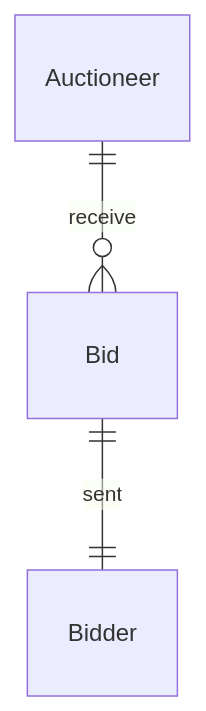
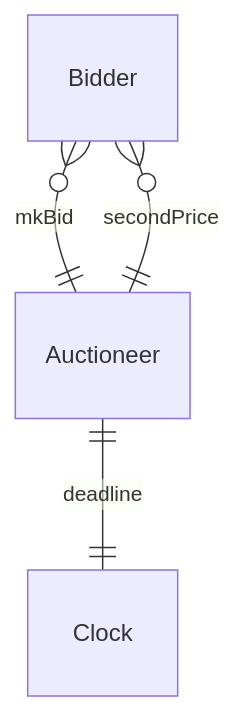
The second of 2 diagrams in docs/tutorial/engines/engine-template-example.juvix.md (anoma/nspec), drawn with Mermaid before and after one commit. The commit also changed other lines of this file and 4 other files, not shown here.

````diff
--- a/docs/tutorial/engines/engine-template-example.juvix.md
+++ b/docs/tutorial/engines/engine-template-example.juvix.md
@@ -69,5 +102,6 @@
 ```mermaid
 erDiagram
-  Auctioneer ||--o{ Bid : receive
-  Bid ||--|| Bidder : sent
+  Bidder }o--|| Auctioneer: mkBid
+  Auctioneer ||--o{ Bidder: secondPrice
+  Auctioneer ||--|| Clock: deadline
 ```
````
